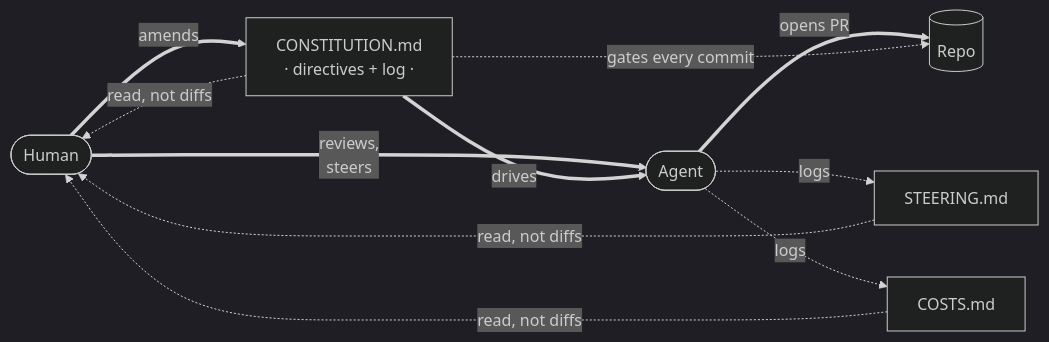
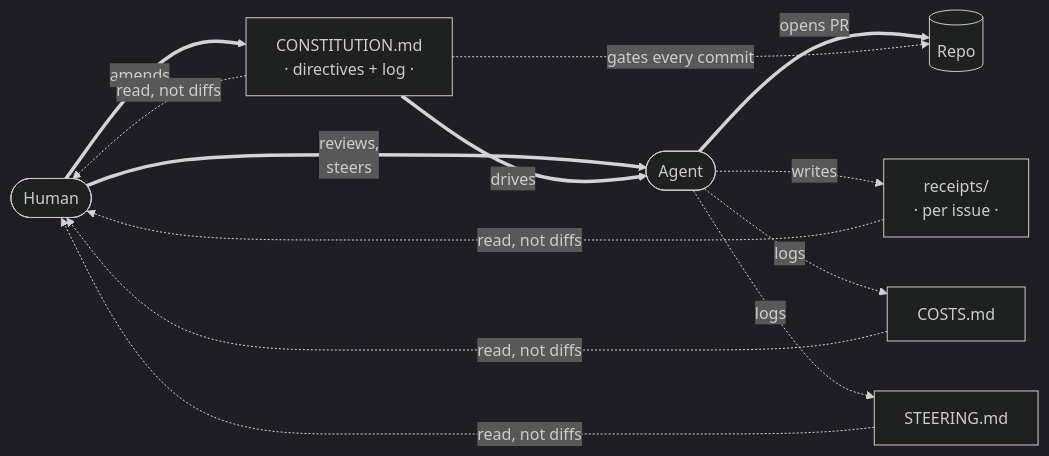
The first of 2 diagrams in README.md (Duaility/governance-kit), drawn with Mermaid (dark theme) before and after one commit. The commit also changed other lines of this file and 7 other files, not shown here.

````diff
--- a/README.md
+++ b/README.md
@@ -22,17 +22,19 @@
 ```mermaid
 flowchart LR
     H([Human])
     C[CONSTITUTION.md<br/>· directives + log ·]
     A([Agent])
     R[(Repo)]
+    Re[receipts/<br/>· per issue ·]
+    Co[COSTS.md]
     S[STEERING.md]
-    Co[COSTS.md]
 
     H ==>|"amends"| C
     H ==>|"reviews,<br/>steers"| A
     C ==>|"drives"| A
     A ==>|"opens PR"| R
-    A -.->|"logs"| S & Co
+    A -.->|"writes"| Re
+    A -.->|"logs"| Co & S
     C -.->|"gates every commit"| R
-    C & S & Co -.->|"read, not diffs"| H
+    C & Re & Co & S -.->|"read, not diffs"| H
 ```
````
